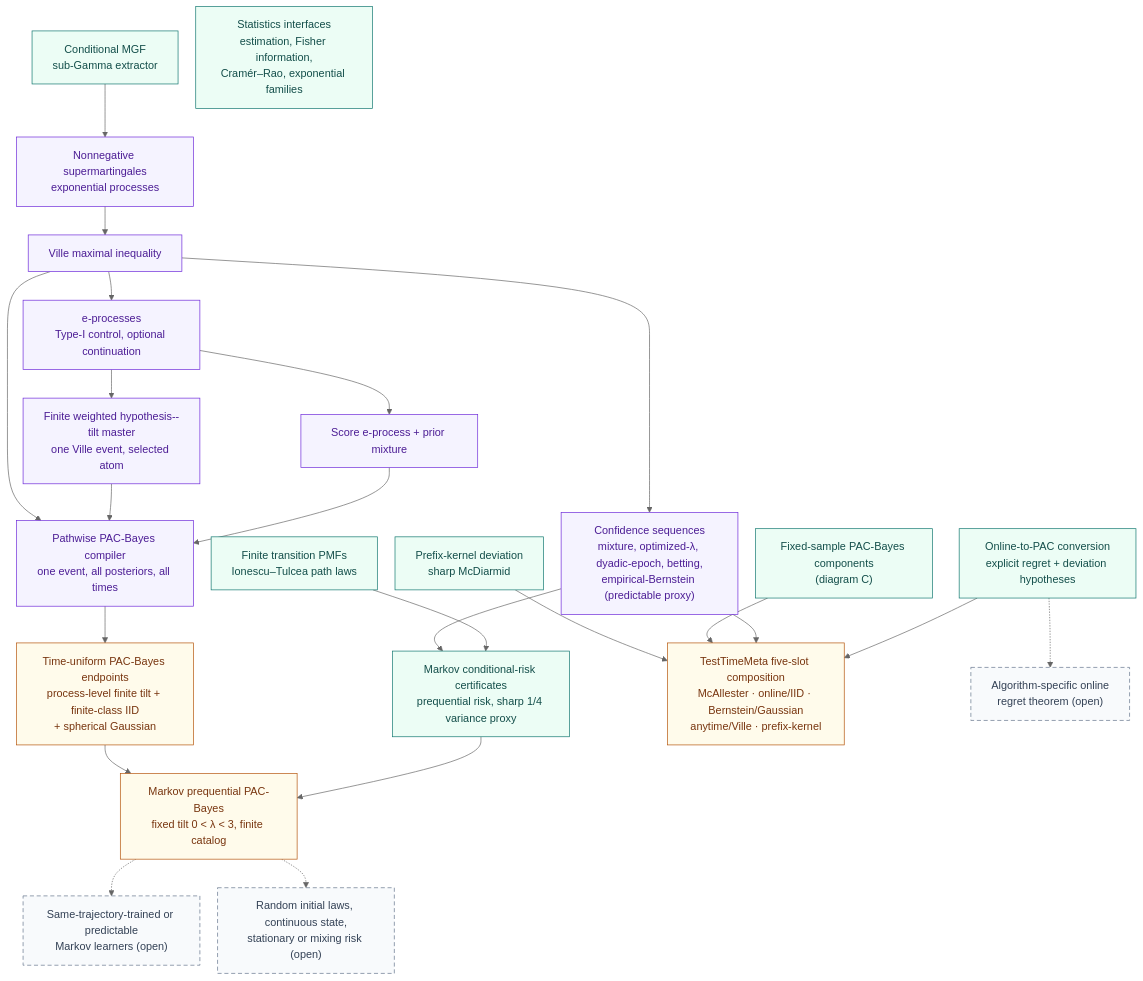
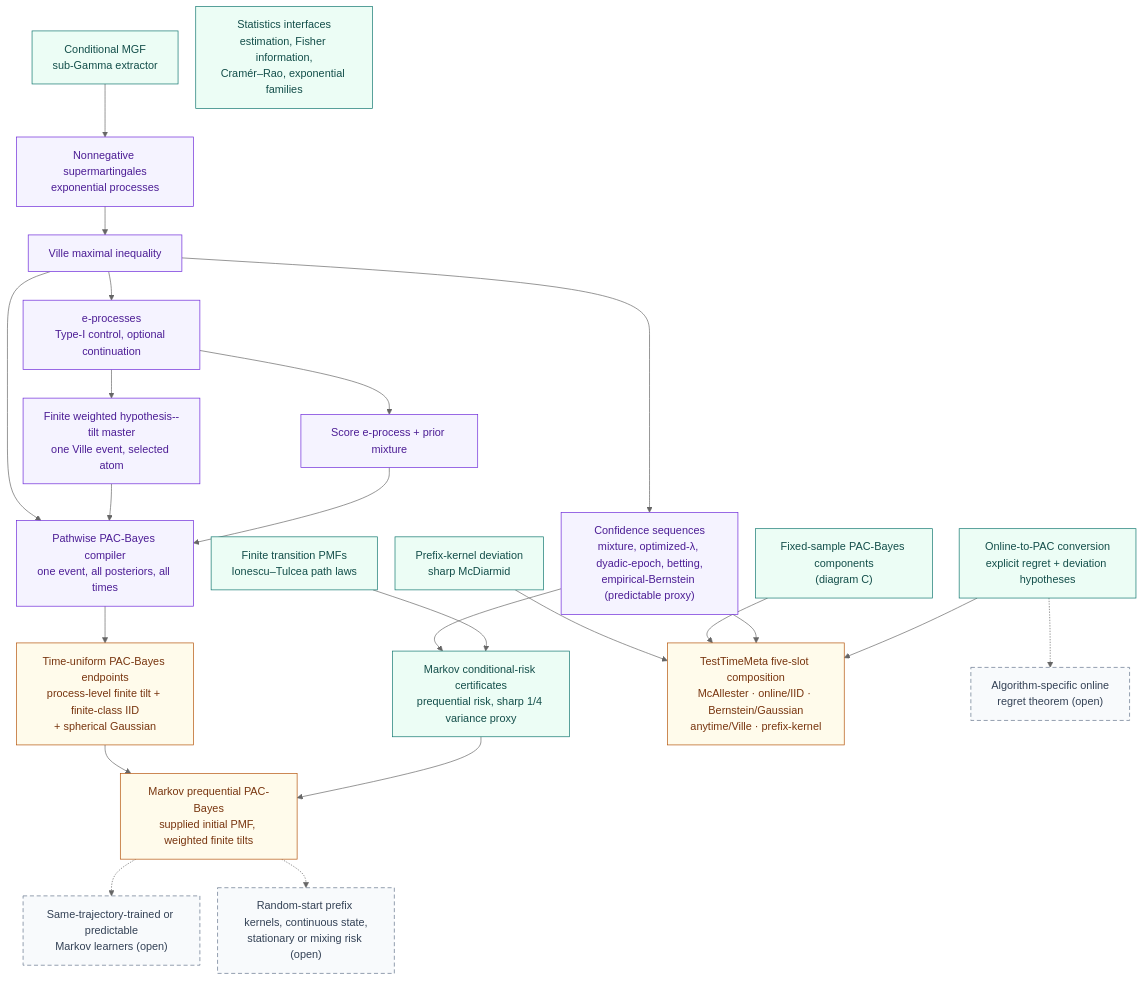
The fourth of 4 diagrams in docs/diagrams.md (Robby955/FormalSLT), drawn with Mermaid before and after one commit. The commit also changed other lines of this file and 21 other files, not shown here.

Commit message:
feat(stochastic): add random initial Markov laws

````diff
--- a/docs/diagrams.md
+++ b/docs/diagrams.md
@@ -214,55 +214,55 @@
 ```mermaid
 %%{init: {'theme': 'neutral', 'flowchart': {'rankSpacing': 42, 'nodeSpacing': 26}}}%%
 flowchart TD
     condmgf["Conditional MGF<br/>sub-Gamma extractor"]
     supermart["Nonnegative supermartingales<br/>exponential processes"]
     ville["Ville maximal inequality"]
     eproc["e-processes<br/>Type-I control, optional continuation"]
     cs["Confidence sequences<br/>mixture, optimized-λ, dyadic-epoch, betting,<br/>empirical-Bernstein (predictable proxy)"]
     score["Score e-process + prior mixture"]
     tiltmix["Finite weighted hypothesis--tilt master<br/>one Ville event, selected atom"]
     pathwise["Pathwise PAC-Bayes compiler<br/>one event, all posteriors, all times"]
     tu["Time-uniform PAC-Bayes endpoints<br/>process-level finite tilt + finite-class IID<br/>+ spherical Gaussian"]
     pathlaw["Finite transition PMFs<br/>Ionescu–Tulcea path laws"]
     markovrisk["Markov conditional-risk certificates<br/>prequential risk, sharp 1/4 variance proxy"]
-    markovpb["Markov prequential PAC-Bayes<br/>fixed tilt 0 &lt; λ &lt; 3, finite catalog"]
+    markovpb["Markov prequential PAC-Bayes<br/>supplied initial PMF, weighted finite tilts"]
     otp["Online-to-PAC conversion<br/>explicit regret + deviation hypotheses"]
     stats["Statistics interfaces<br/>estimation, Fisher information,<br/>Cramér–Rao, exponential families"]
     pbc["Fixed-sample PAC-Bayes components<br/>(diagram C)"]
     prefix["Prefix-kernel deviation<br/>sharp McDiarmid"]
     ttm["TestTimeMeta five-slot composition<br/>McAllester · online/IID · Bernstein/Gaussian<br/>anytime/Ville · prefix-kernel"]
     markovopen1["Same-trajectory-trained or predictable<br/>Markov learners (open)"]
-    markovopen2["Random initial laws, continuous state,<br/>stationary or mixing risk (open)"]
+    markovopen2["Random-start prefix kernels, continuous state,<br/>stationary or mixing risk (open)"]
     otpopen["Algorithm-specific online<br/>regret theorem (open)"]
 
     condmgf --> supermart
     supermart --> ville
     ville --> eproc
     ville --> cs
     eproc --> score
     eproc --> tiltmix
     score --> pathwise
     tiltmix --> pathwise
     ville --> pathwise
     pathwise --> tu
     pathlaw --> markovrisk
     cs --> markovrisk
     markovrisk --> markovpb
     tu --> markovpb
     otp --> ttm
     cs --> ttm
     pbc --> ttm
     prefix --> ttm
     markovpb -.-> markovopen1
     markovpb -.-> markovopen2
     otp -.-> otpopen
 
     classDef checked fill:#ecfdf5,stroke:#0f766e,color:#134e4a;
     classDef sequential fill:#f5f3ff,stroke:#6d28d9,color:#4c1d95;
     classDef endpointNode fill:#fffbeb,stroke:#b45309,color:#78350f;
     classDef open fill:#f8fafc,stroke:#64748b,color:#334155,stroke-dasharray:6 4;
     class condmgf,pathlaw,markovrisk,otp,stats,pbc,prefix checked;
     class supermart,ville,eproc,cs,score,tiltmix,pathwise sequential;
     class tu,markovpb,ttm endpointNode;
     class markovopen1,markovopen2,otpopen open;
 ```
````
